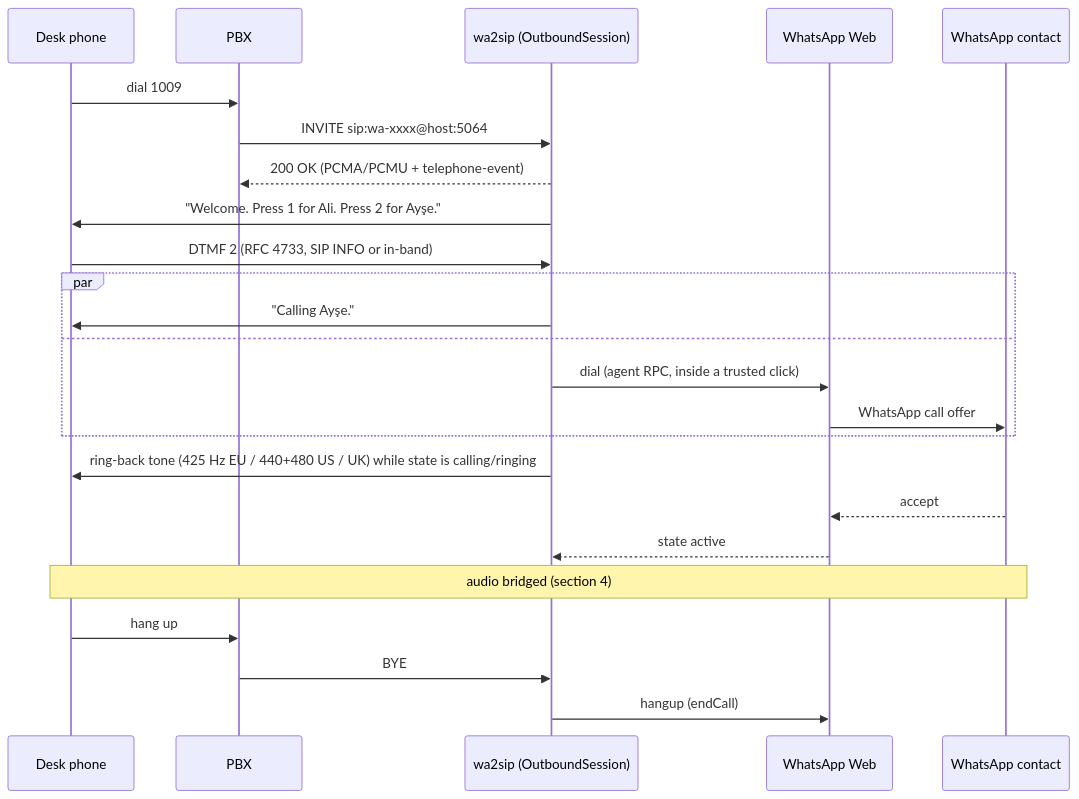
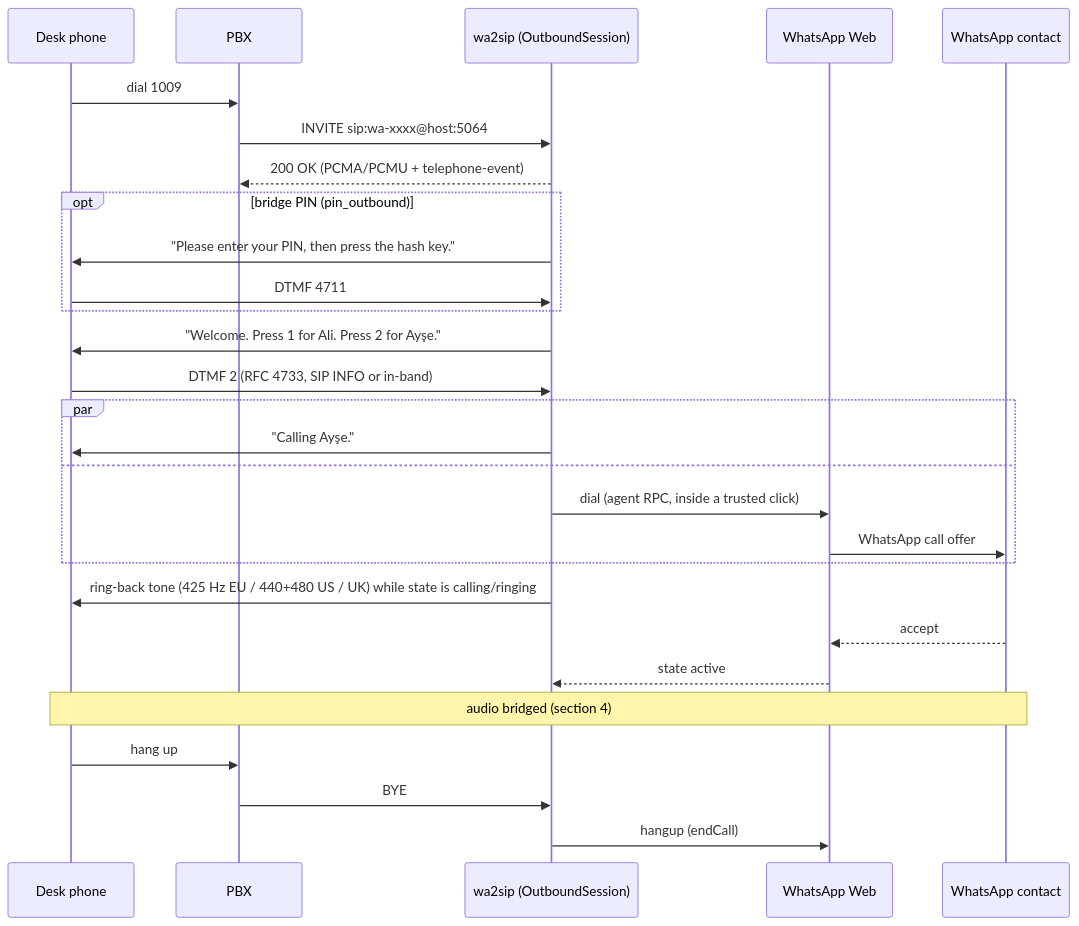
The second of 3 diagrams in ARCHITECTURE.md (revocx35/wa2sip), drawn with Mermaid before and after one commit. The commit also changed other lines of this file and 15 other files, not shown here.

First line of the commit message:
Bridge PIN for both call directions (v0.2.0)

````diff
--- a/ARCHITECTURE.md
+++ b/ARCHITECTURE.md
@@ -189,26 +190,30 @@
 ```mermaid
 sequenceDiagram
     participant P as Desk phone
     participant X as PBX
     participant E as wa2sip (OutboundSession)
     participant W as WhatsApp Web
     participant C as WhatsApp contact
     P->>X: dial 1009
     X->>E: INVITE sip:wa-xxxx@host:5064
     E-->>X: 200 OK (PCMA/PCMU + telephone-event)
+    opt bridge PIN (pin_outbound)
+      E->>P: "Please enter your PIN, then press the hash key."
+      P->>E: DTMF 4711#
+    end
     E->>P: "Welcome. Press 1 for Ali. Press 2 for Ayşe."
     P->>E: DTMF 2 (RFC 4733, SIP INFO or in-band)
     par
       E->>P: "Calling Ayşe."
     and
       E->>W: dial (agent RPC, inside a trusted click)
       W->>C: WhatsApp call offer
     end
     E->>P: ring-back tone (425 Hz EU / 440+480 US / UK) while state is calling/ringing
     C-->>W: accept
     W-->>E: state active
     Note over P,C: audio bridged (section 4)
     P->>X: hang up
     X->>E: BYE
     E->>W: hangup (endCall)
 ```
````
